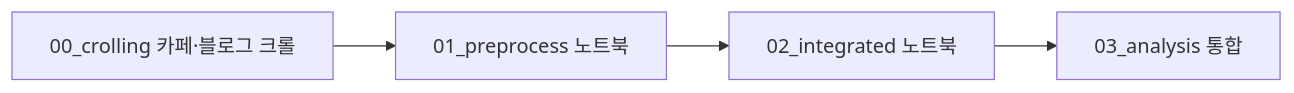
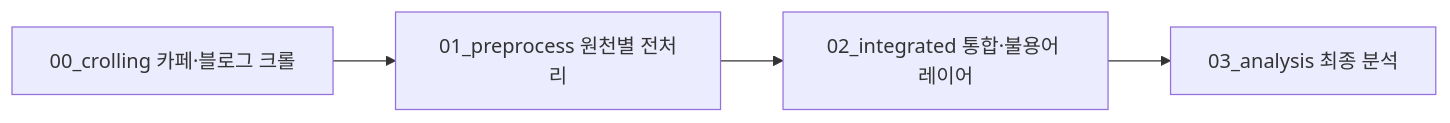
One commit to 01tjdus/Increase-in-medical-school-seats changed the diagram in PROJECT_STRUCTURE.md. Above: the diagram before and after it, drawn with Mermaid. The commit also changed other lines of this file and 115 other files, not shown here.

````diff
--- a/PROJECT_STRUCTURE.md
+++ b/PROJECT_STRUCTURE.md
@@ -10,8 +11,8 @@
 ```mermaid
 flowchart LR
   crawl0[00_crolling 카페·블로그 크롤]
-  cafe_nb[01_preprocess 노트북]
-  int_nb[02_integrated 노트북]
-  tfidf_nb[03_analysis 통합]
-  crawl0 --> cafe_nb --> int_nb --> tfidf_nb
+  preprocess1[01_preprocess 원천별 전처리]
+  integrate2[02_integrated 통합·불용어 레이어]
+  analysis3[03_analysis 최종 분석]
+  crawl0 --> preprocess1 --> integrate2 --> analysis3
 ```
````
